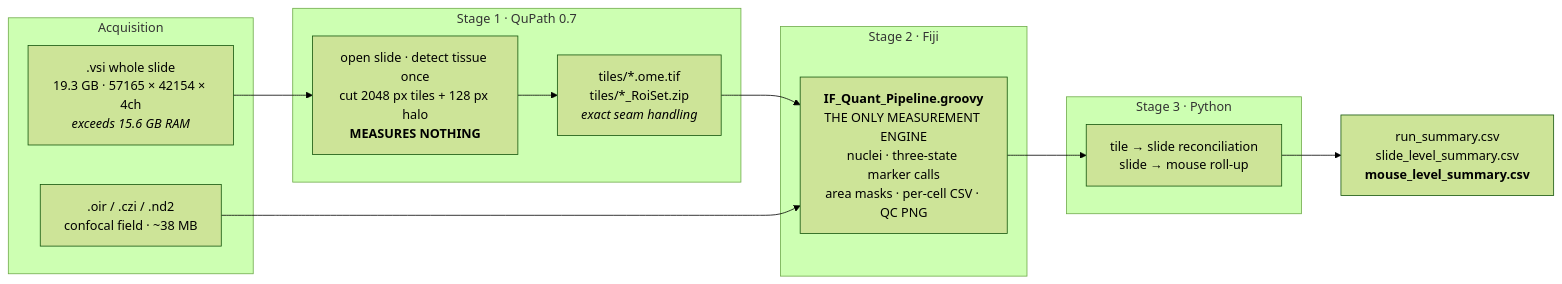
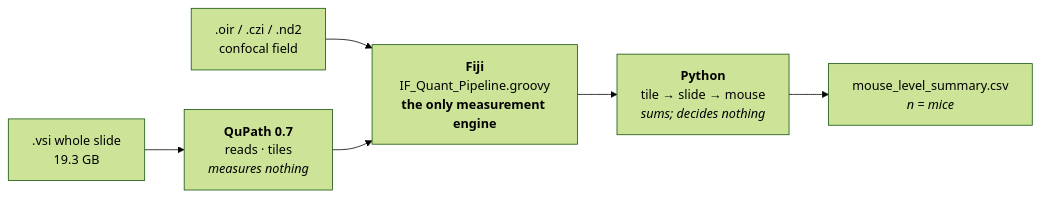
Before and after one commit to xorca0711/IFQuant-Lung: the diagram in README.md, drawn with Mermaid (forest theme). The commit also changed other lines of this file and 2 other files, not shown here.

````diff
--- a/README.md
+++ b/README.md
@@ -51,20 +12,8 @@
 ```mermaid
 flowchart LR
-    subgraph ACQ[Acquisition]
-        V[".vsi whole slide<br/>19.3 GB · 57165 × 42154 × 4ch<br/><i>exceeds 15.6 GB RAM</i>"]
-        C[".oir / .czi / .nd2<br/>confocal field · ~38 MB"]
-    end
-    subgraph ST1["Stage 1 · QuPath 0.7"]
-        Q["open slide · detect tissue once<br/>cut 2048 px tiles + 128 px halo<br/><b>MEASURES NOTHING</b>"]
-        T["tiles/*.ome.tif<br/>tiles/*_RoiSet.zip<br/><i>exact seam handling</i>"]
-    end
-    subgraph ST2["Stage 2 · Fiji"]
-        E["<b>IF_Quant_Pipeline.groovy</b><br/>THE ONLY MEASUREMENT ENGINE<br/>nuclei · three-state marker calls<br/>area masks · per-cell CSV · QC PNG"]
-    end
-    subgraph ST3["Stage 3 · Python"]
-        A["tile → slide reconciliation<br/>slide → mouse roll-up"]
-    end
-    V --> Q --> T --> E
-    C --> E
-    E --> A --> R["run_summary.csv<br/>slide_level_summary.csv<br/><b>mouse_level_summary.csv</b>"]
+    V[".vsi whole slide<br/>19.3 GB"] --> Q["<b>QuPath 0.7</b><br/>reads · tiles<br/><i>measures nothing</i>"]
+    C[".oir / .czi / .nd2<br/>confocal field"] --> E
+    Q --> E["<b>Fiji</b><br/>IF_Quant_Pipeline.groovy<br/><b>the only measurement engine</b>"]
+    E --> P["<b>Python</b><br/>tile → slide → mouse<br/><i>sums; decides nothing</i>"]
+    P --> R["mouse_level_summary.csv<br/><i>n = mice</i>"]
 ```
````
